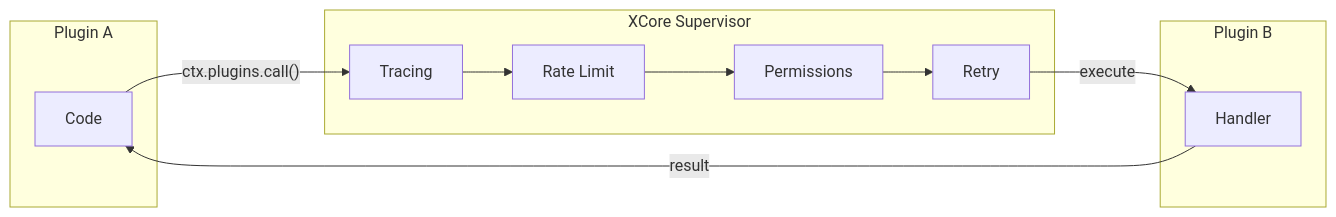
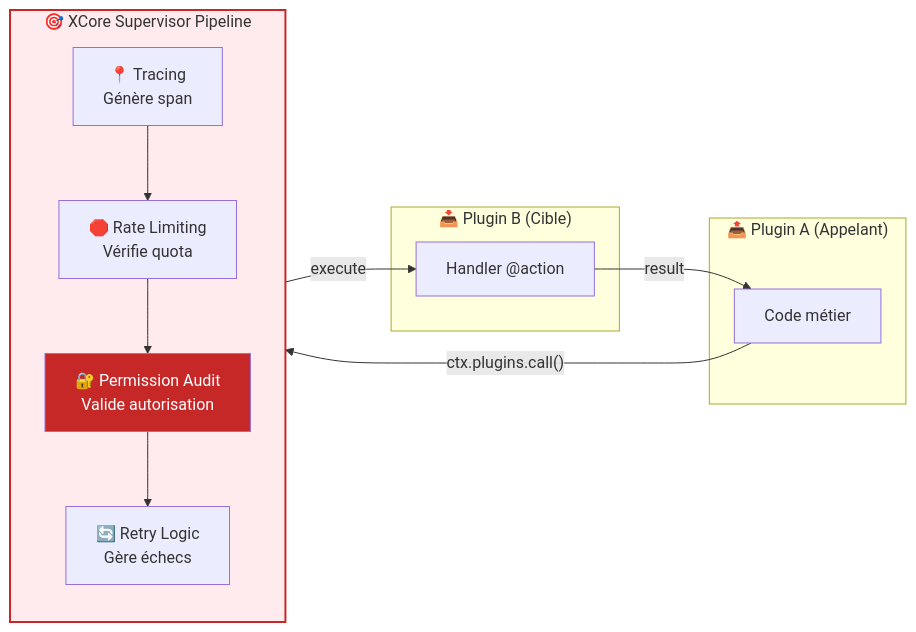
Before and after one commit to traoreera/xcore: the fifth of 11 diagrams in docs-tech/architecture/overview.md, drawn with Mermaid. The commit also changed other lines of this file and 92 other files, not shown here.

````diff
--- a/docs-tech/architecture/overview.md
+++ b/docs-tech/architecture/overview.md
@@ -77,20 +231,28 @@
 ```mermaid
-graph LR
-    subgraph Caller["Plugin A"]
-        A[Code]
+flowchart LR
+    subgraph Caller["📤 Plugin A (Appelant)"]
+        A[Code métier]
     end
 
-    subgraph Kernel["XCore Supervisor"]
-        M1[Tracing] --> M2[Rate Limit]
-        M2 --> M3[Permissions]
-        M3 --> M4[Retry]
+    subgraph Kernel["🎯 XCore Supervisor Pipeline"]
+        direction TB
+        M1[📍 Tracing<br/>Génère span]
+        M2[🛑 Rate Limiting<br/>Vérifie quota]
+        M3[🔐 Permission Audit<br/>Valide autorisation]
+        M4[🔄 Retry Logic<br/>Gère échecs]
     end
 
-    subgraph Target["Plugin B"]
-        B[Handler]
+    subgraph Target["📥 Plugin B (Cible)"]
+        B[Handler @action]
     end
 
     A -- "ctx.plugins.call()" --> M1
+    M1 --> M2
+    M2 --> M3
+    M3 --> M4
     M4 -- "execute" --> B
     B -- "result" --> A
+    
+    style Kernel fill:#FFEBEE,stroke:#C62828,stroke-width:2px
+    style M3 fill:#C62828,color:#fff
 ```
````
